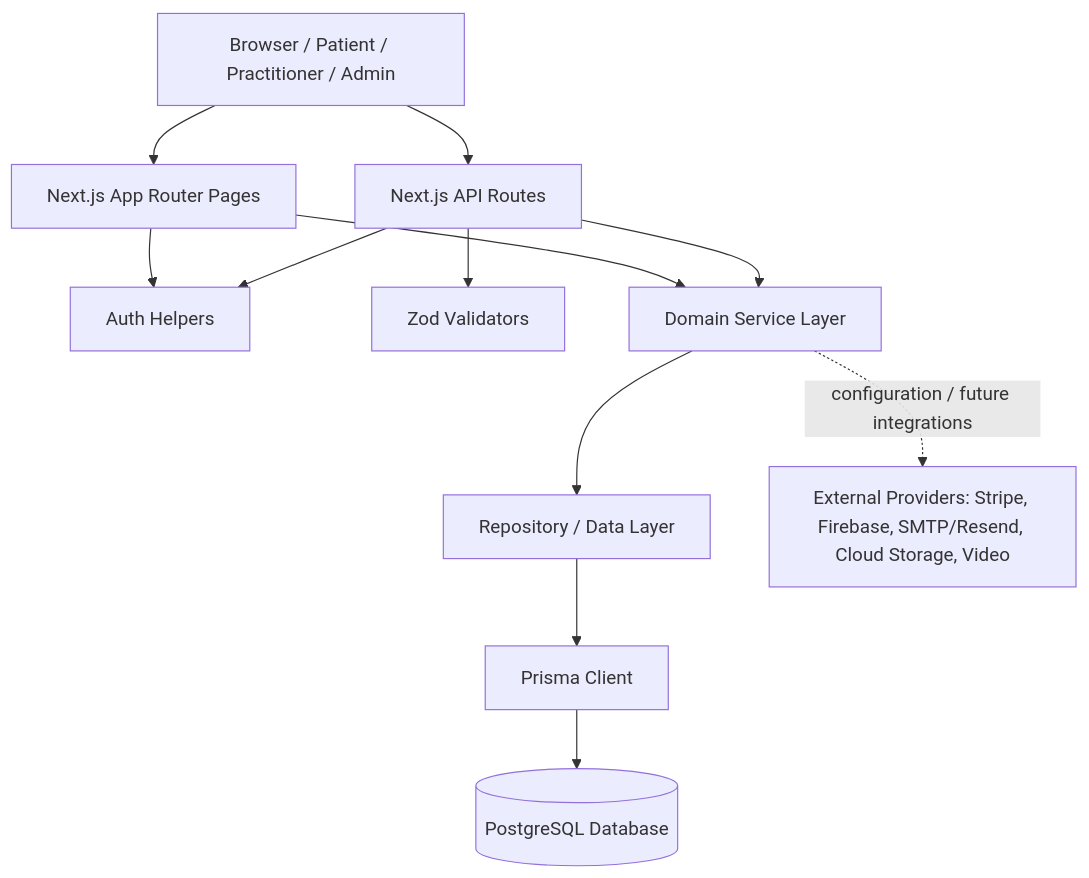
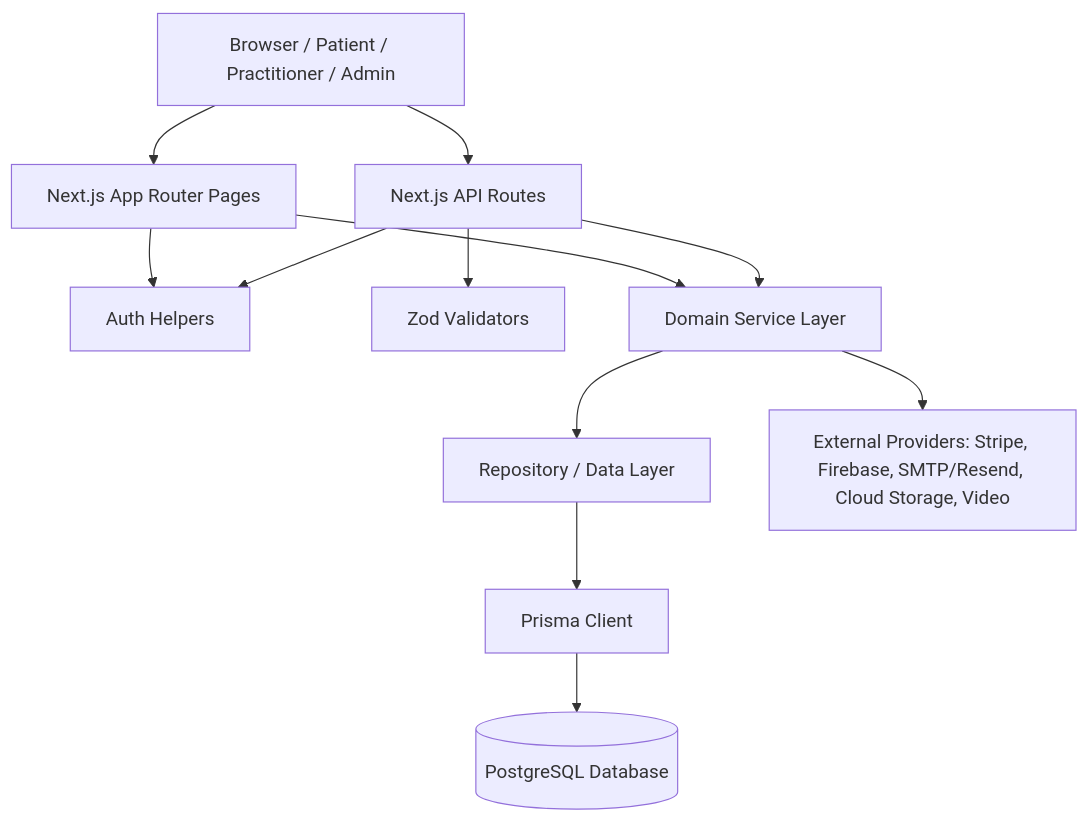
The first of 8 diagrams in docs/technical-architecture.md (abou-cell/sihati-book-ma), drawn with Mermaid before and after one commit. The commit also changed other lines of this file and 13 other files, not shown here.

````diff
--- a/docs/technical-architecture.md
+++ b/docs/technical-architecture.md
@@ -18,25 +18,25 @@
 ```mermaid
 flowchart TD
   Browser[Browser / Patient / Practitioner / Admin]
   Pages[Next.js App Router Pages]
   API[Next.js API Routes]
   Auth[Auth Helpers]
   Validators[Zod Validators]
   Services[Domain Service Layer]
   Repos[Repository / Data Layer]
   Prisma[Prisma Client]
   DB[(PostgreSQL Database)]
   Providers[External Providers: Stripe, Firebase, SMTP/Resend, Cloud Storage, Video]
 
   Browser --> Pages
   Browser --> API
   Pages --> Auth
   API --> Auth
   API --> Validators
   Pages --> Services
   API --> Services
   Services --> Repos
   Repos --> Prisma
   Prisma --> DB
-  Services -. configuration / future integrations .-> Providers
+  Services --> Providers
 ```
````
